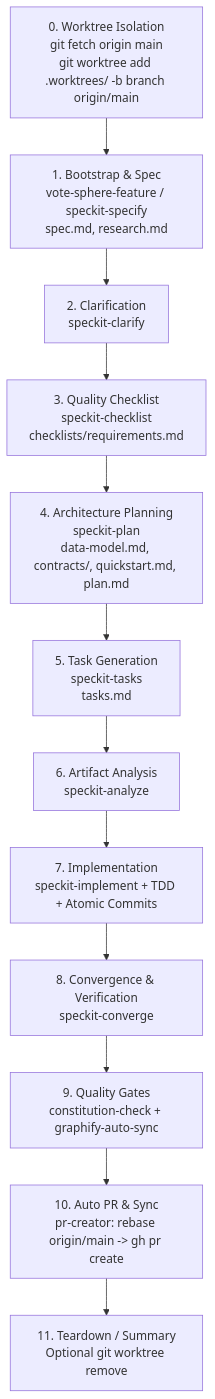
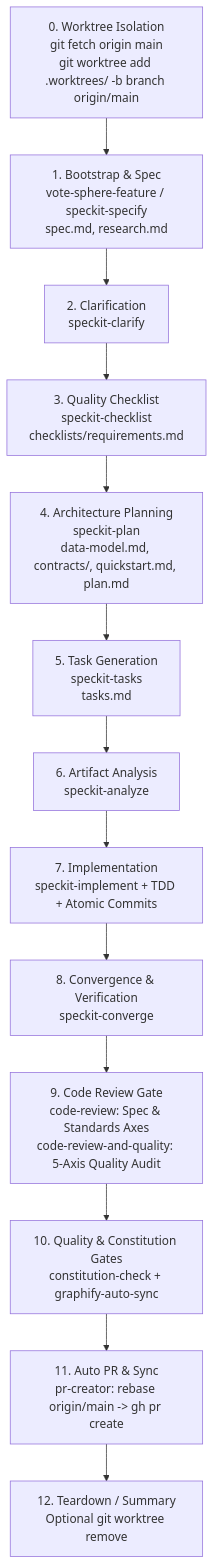
Before and after one commit to roselletabuena/electa-fullstack: the diagram in .agents/skills/speckit-workflow/SKILL.md, drawn with Mermaid. The commit also changed other lines of this file and 5 other files, not shown here.

First line of the commit message:
feat(speckit): integrate automated code review gates into speckit workflow

````diff
--- a/.agents/skills/speckit-workflow/SKILL.md
+++ b/.agents/skills/speckit-workflow/SKILL.md
@@ -15,14 +15,15 @@
 ```mermaid
 flowchart TD
     W0[0. Worktree Isolation\ngit fetch origin main\ngit worktree add .worktrees/<slug> -b branch origin/main] --> A[1. Bootstrap & Spec\nvote-sphere-feature / speckit-specify\nspec.md, research.md]
     A --> B[2. Clarification\nspeckit-clarify]
     B --> C[3. Quality Checklist\nspeckit-checklist\nchecklists/requirements.md]
     C --> D[4. Architecture Planning\nspeckit-plan\ndata-model.md, contracts/, quickstart.md, plan.md]
     D --> E[5. Task Generation\nspeckit-tasks\ntasks.md]
     E --> F[6. Artifact Analysis\nspeckit-analyze]
     F --> G[7. Implementation\nspeckit-implement + TDD + Atomic Commits]
     G --> H[8. Convergence & Verification\nspeckit-converge]
-    H --> I[9. Quality Gates\nconstitution-check + graphify-auto-sync]
-    I --> J[10. Auto PR & Sync\npr-creator: rebase origin/main -> gh pr create]
-    J --> K[11. Teardown / Summary\nOptional git worktree remove]
+    H --> CR[9. Code Review Gate\ncode-review: Spec & Standards Axes\ncode-review-and-quality: 5-Axis Quality Audit]
+    CR --> I[10. Quality & Constitution Gates\nconstitution-check + graphify-auto-sync]
+    I --> J[11. Auto PR & Sync\npr-creator: rebase origin/main -> gh pr create]
+    J --> K[12. Teardown / Summary\nOptional git worktree remove]
 ```
````
